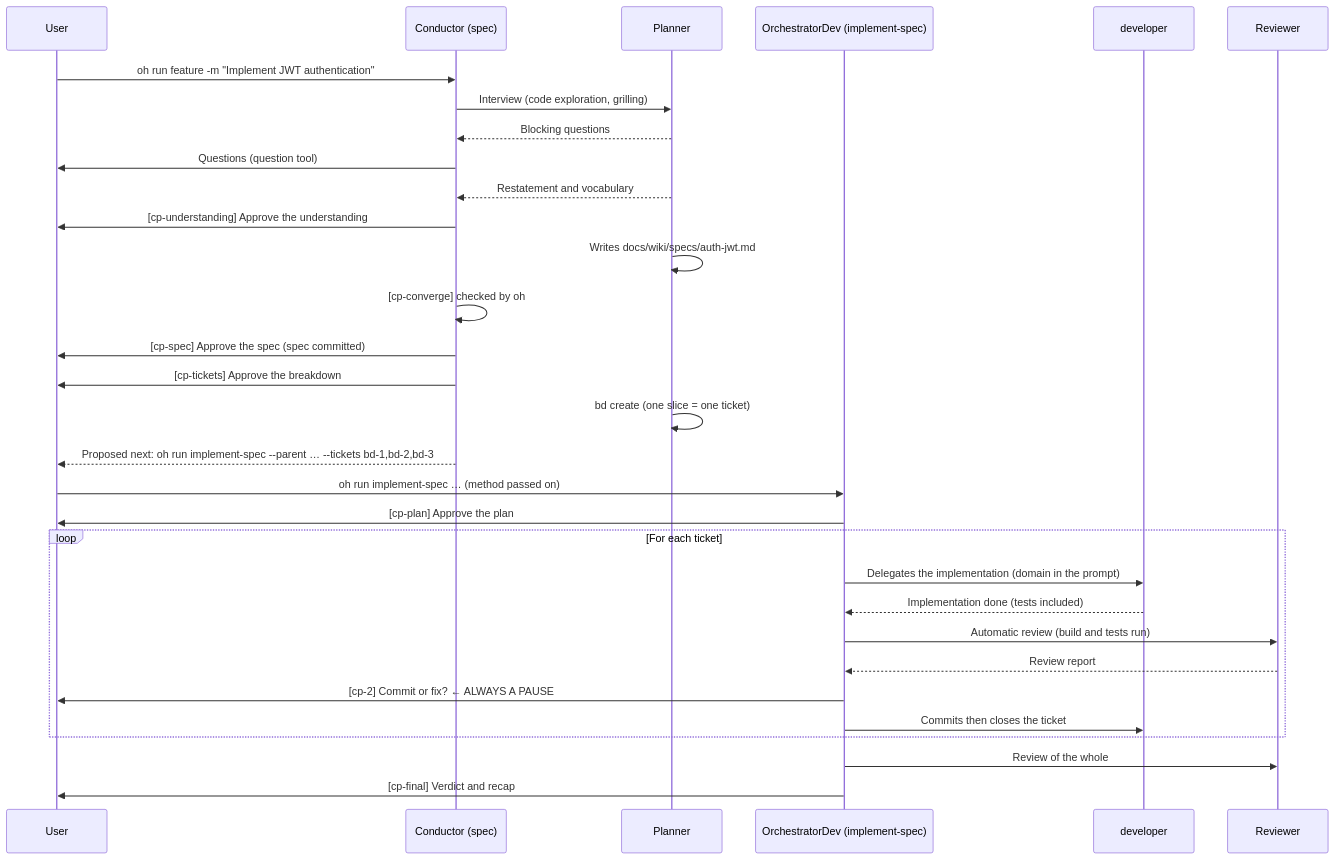
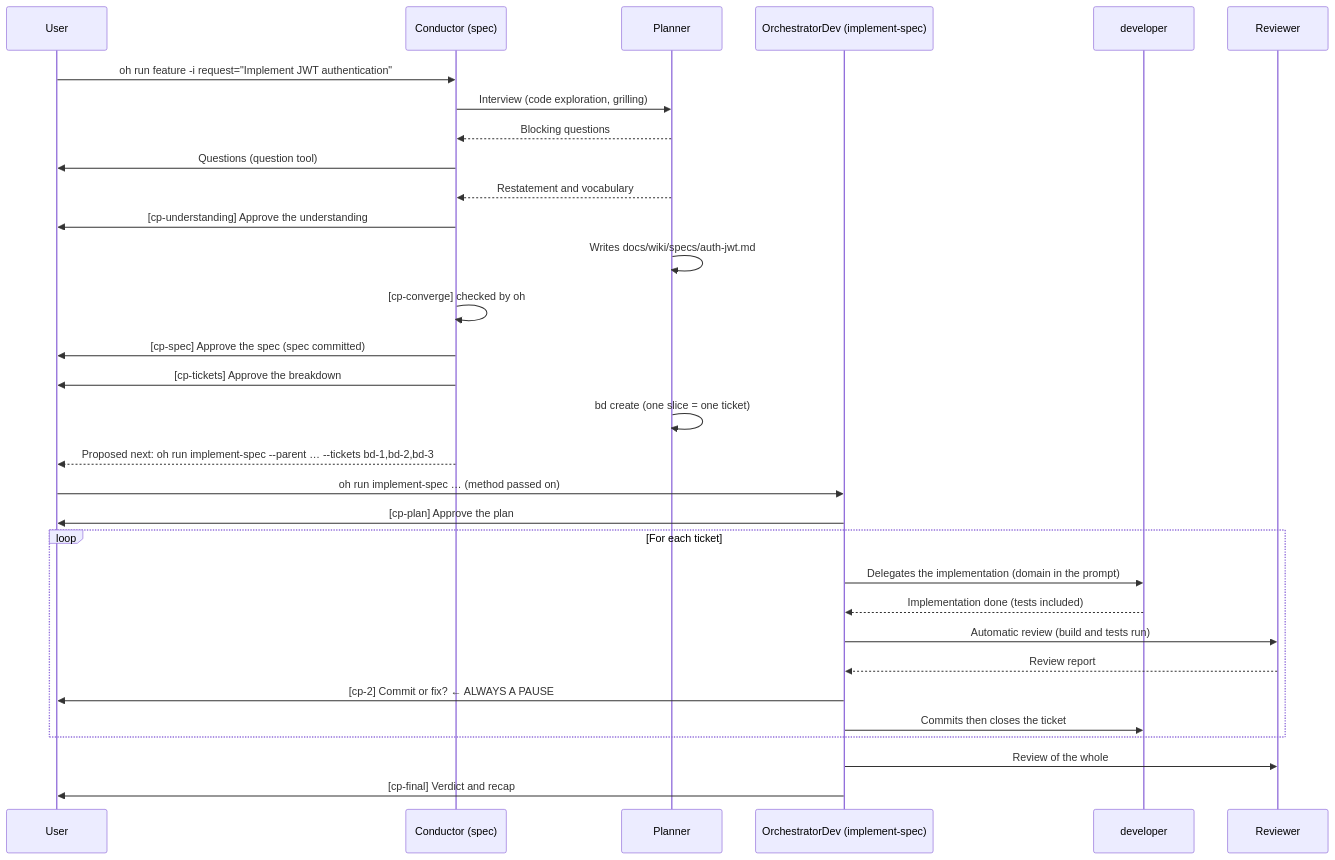
Before and after one commit to datichb/openhub: the second of 7 diagrams in docs/guides/workflows.en.md, drawn with Mermaid. The commit also changed other lines of this file and 9 other files, not shown here.

Commit message:
docs: oh run feature takes -i request, not -m; refresh agent and workflow counts (modernisation docs-synthesis)

````diff
--- a/docs/guides/workflows.en.md
+++ b/docs/guides/workflows.en.md
@@ -113,35 +113,35 @@
 ```mermaid
 sequenceDiagram
     participant U as User
     participant C as Conductor (spec)
     participant PL as Planner
     participant OD as OrchestratorDev (implement-spec)
     participant DEV as developer
     participant R as Reviewer
 
-    U->>C: oh run feature -m "Implement JWT authentication"
+    U->>C: oh run feature -i request="Implement JWT authentication"
     C->>PL: Interview (code exploration, grilling)
     PL-->>C: Blocking questions
     C->>U: Questions (question tool)
     PL-->>C: Restatement and vocabulary
     C->>U: [cp-understanding] Approve the understanding
     PL->>PL: Writes docs/wiki/specs/auth-jwt.md
     C->>C: [cp-converge] checked by oh
     C->>U: [cp-spec] Approve the spec (spec committed)
     C->>U: [cp-tickets] Approve the breakdown
     PL->>PL: bd create (one slice = one ticket)
     C-->>U: Proposed next: oh run implement-spec --parent … --tickets bd-1,bd-2,bd-3
 
     U->>OD: oh run implement-spec … (method passed on)
     OD->>U: [cp-plan] Approve the plan
     loop For each ticket
         OD->>DEV: Delegates the implementation (domain in the prompt)
         DEV-->>OD: Implementation done (tests included)
         OD->>R: Automatic review (build and tests run)
         R-->>OD: Review report
         OD->>U: [cp-2] Commit or fix? ← ALWAYS A PAUSE
         OD->>DEV: Commits then closes the ticket
     end
     OD->>R: Review of the whole
     OD->>U: [cp-final] Verdict and recap
 ```
````
